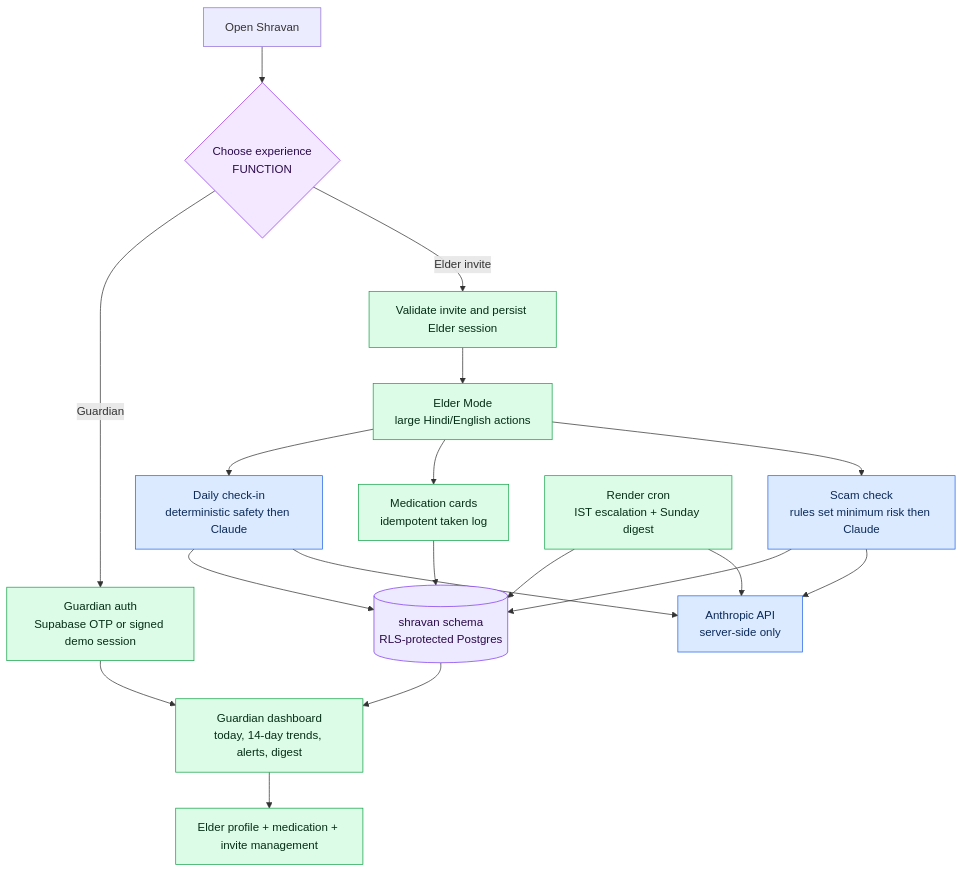
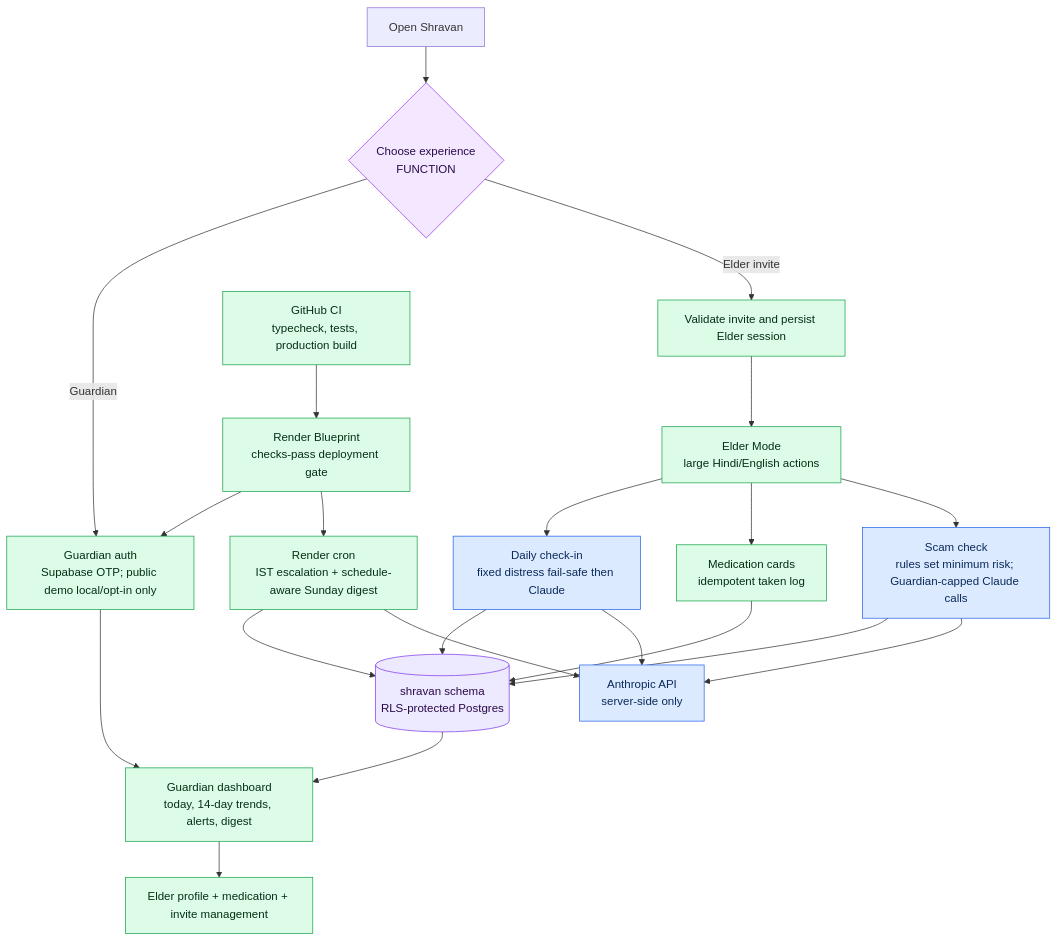
The diagram in docs/mermaid/01-master-flow.mmd (APareek89/shravan), drawn with Mermaid before and after one commit. The commit also changed other lines of this file and 81 other files, not shown here.

```diff
--- a/docs/mermaid/01-master-flow.mmd
+++ b/docs/mermaid/01-master-flow.mmd
@@ -1,32 +1,34 @@
 %% Shravan v0.1 master flow
-%% files: app, lib
+%% files: app/page.tsx, app/dashboard/page.tsx, app/elder/page.tsx, app/api/chat/route.ts, app/api/scam-check/route.ts, app/api/cron/escalations/route.ts, app/api/cron/digest/route.ts, lib/data.ts, .github/workflows/ci.yml, render.yaml
 %% granularity: master
-%% intended — not yet built
 flowchart TD
   Entry["Open Shravan"] --> Role{"Choose experience<br/>FUNCTION"}
-  Role -->|Guardian| Auth["Guardian auth<br/>Supabase OTP or signed demo session"]
+  Role -->|Guardian| Auth["Guardian auth<br/>Supabase OTP; public demo local/opt-in only"]
   Auth --> Dash["Guardian dashboard<br/>today, 14-day trends, alerts, digest"]
   Dash --> Manage["Elder profile + medication + invite management"]
   Role -->|Elder invite| Invite["Validate invite and persist Elder session"]
   Invite --> Elder["Elder Mode<br/>large Hindi/English actions"]
-  Elder --> Checkin["Daily check-in<br/>deterministic safety then Claude"]
+  Elder --> Checkin["Daily check-in<br/>fixed distress fail-safe then Claude"]
   Elder --> Meds["Medication cards<br/>idempotent taken log"]
-  Elder --> Scam["Scam check<br/>rules set minimum risk then Claude"]
+  Elder --> Scam["Scam check<br/>rules set minimum risk; Guardian-capped Claude calls"]
   Checkin --> DB[("shravan schema<br/>RLS-protected Postgres")]
   Meds --> DB
   Scam --> DB
-  Cron["Render cron<br/>IST escalation + Sunday digest"] --> DB
+  Cron["Render cron<br/>IST escalation + schedule-aware Sunday digest"] --> DB
   Cron --> Claude["Anthropic API<br/>server-side only"]
   Checkin --> Claude
   Scam --> Claude
   DB --> Dash
+  CI["GitHub CI<br/>typecheck, tests, production build"] --> Deploy["Render Blueprint<br/>checks-pass deployment gate"]
+  Deploy --> Auth
+  Deploy --> Cron
   classDef agent fill:#dbeafe,stroke:#2563eb,color:#0b2a5b;
   classDef fn fill:#dcfce7,stroke:#16a34a,color:#052e16;
   classDef dec fill:#f3e8ff,stroke:#9333ea,color:#2a0a4a;
   classDef term fill:#e5e7eb,stroke:#6b7280,color:#111827;
   classDef ask fill:#cffafe,stroke:#0891b2,color:#083344;
   classDef data fill:#ede9fe,stroke:#7c3aed,color:#2a0a4a;
-  class Auth,Dash,Manage,Invite,Elder,Meds,Cron fn;
+  class Auth,Dash,Manage,Invite,Elder,Meds,Cron,CI,Deploy fn;
   class Role dec;
   class Checkin,Scam,Claude agent;
   class DB data;
```
